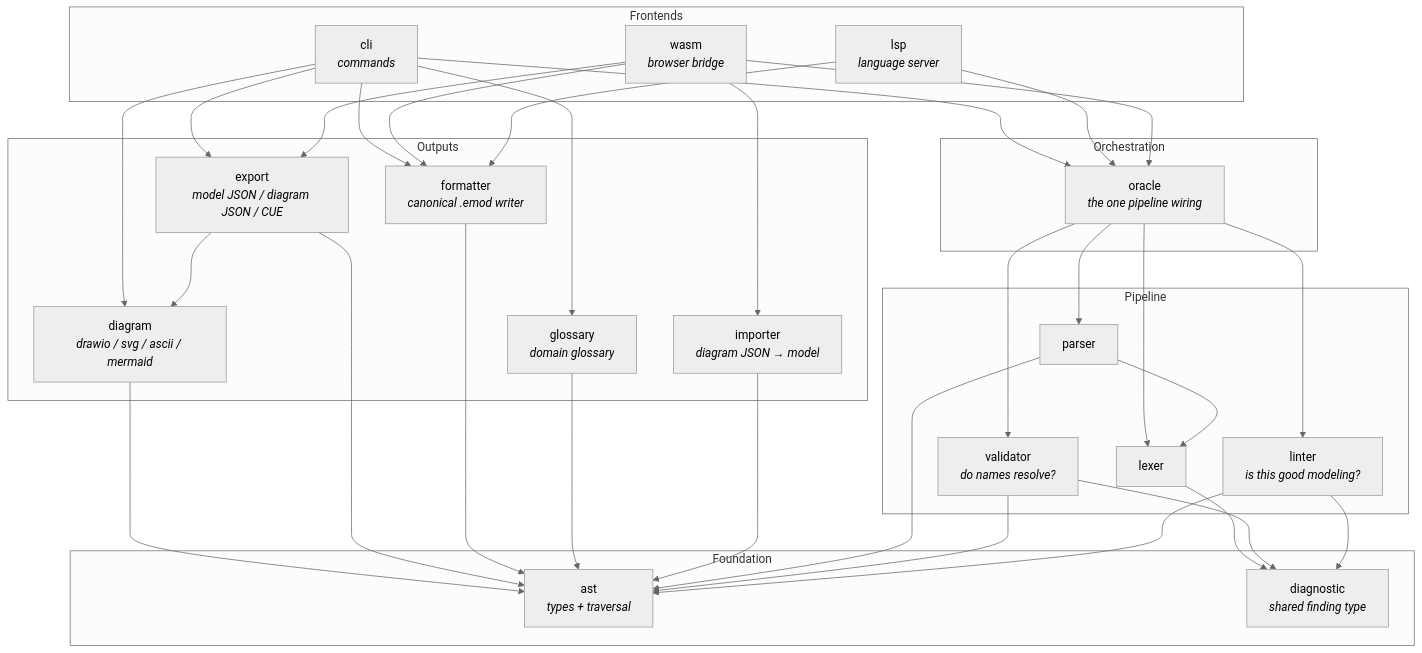
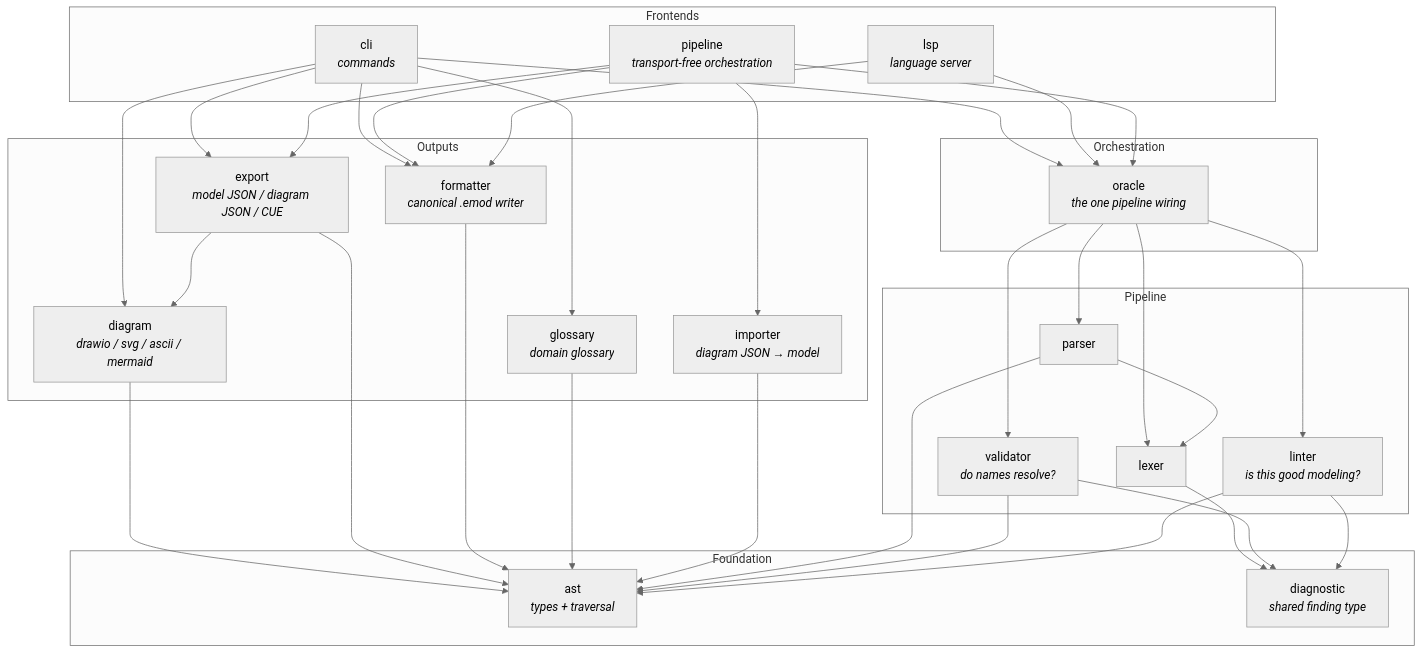
One commit to hpcsc/emod changed the first of 5 diagrams in docs/architecture.md. Above: the diagram before and after it, drawn with Mermaid (neutral theme). The commit also changed other lines of this file and 51 other files, not shown here.

````diff
--- a/docs/architecture.md
+++ b/docs/architecture.md
@@ -30,64 +30,64 @@
 ```mermaid
 graph TD
     subgraph Frontends
         cli[cli<br/><i>commands</i>]
         lsp[lsp<br/><i>language server</i>]
-        wasm[wasm<br/><i>browser bridge</i>]
+        pipeline[pipeline<br/><i>transport-free orchestration</i>]
     end
 
     subgraph Orchestration
         oracle[oracle<br/><i>the one pipeline wiring</i>]
     end
 
     subgraph Outputs
         diagram[diagram<br/><i>drawio / svg / ascii / mermaid</i>]
         export[export<br/><i>model JSON / diagram JSON / CUE</i>]
         formatter[formatter<br/><i>canonical .emod writer</i>]
         glossary[glossary<br/><i>domain glossary</i>]
         importer[importer<br/><i>diagram JSON → model</i>]
     end
 
     subgraph Pipeline
         lexer[lexer]
         parser[parser]
         validator[validator<br/><i>do names resolve?</i>]
         linter[linter<br/><i>is this good modeling?</i>]
     end
 
     subgraph Foundation
         ast[ast<br/><i>types + traversal</i>]
         diagnostic[diagnostic<br/><i>shared finding type</i>]
     end
 
     cli --> oracle
     lsp --> oracle
-    wasm --> oracle
+    pipeline --> oracle
     cli --> diagram
     cli --> export
     cli --> formatter
     cli --> glossary
-    wasm --> export
-    wasm --> importer
-    wasm --> formatter
+    pipeline --> export
+    pipeline --> importer
+    pipeline --> formatter
     lsp --> formatter
 
     oracle --> lexer
     oracle --> parser
     oracle --> validator
     oracle --> linter
 
     export --> diagram
     diagram --> ast
     export --> ast
     formatter --> ast
     glossary --> ast
     importer --> ast
 
     lexer --> diagnostic
     parser --> lexer
     parser --> ast
     validator --> ast
     linter --> ast
     validator --> diagnostic
     linter --> diagnostic
 ```
````
